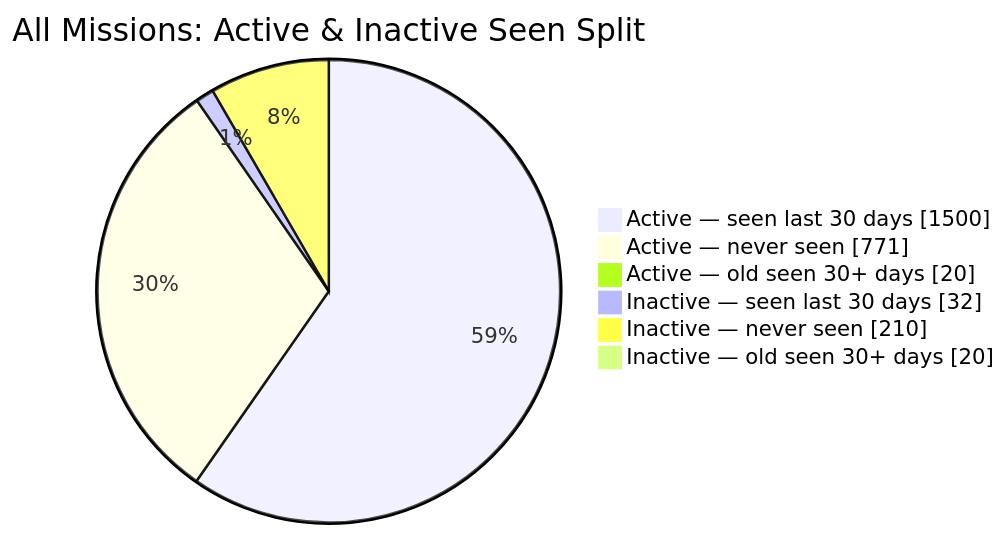
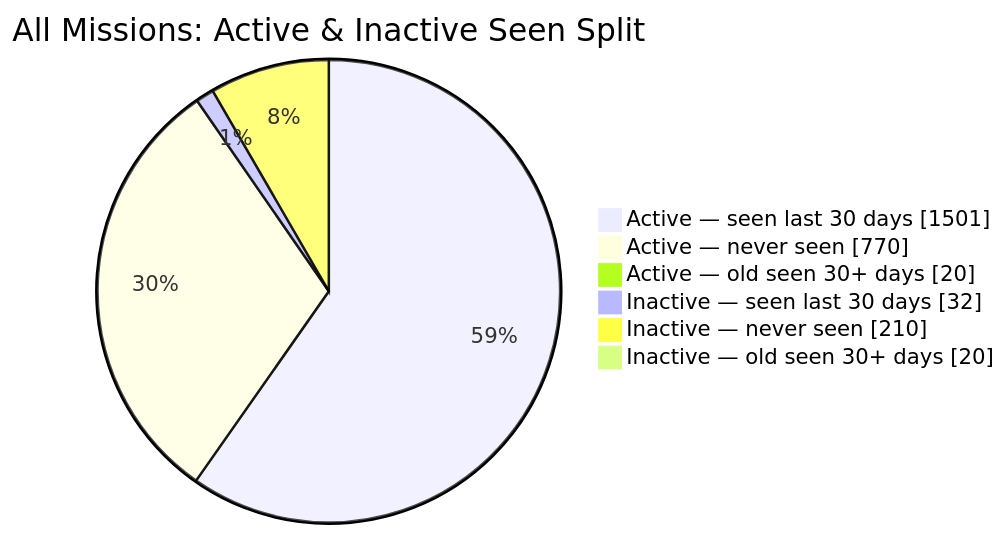
Before and after one commit to MeldkamerspelGameTeam/active-missions: the second of 2 diagrams in README.md, drawn with Mermaid. The commit also changed other lines of this file and 2 other files, not shown here.

````diff
--- a/README.md
+++ b/README.md
@@ -44,10 +44,10 @@
 ```mermaid
 pie showData
     title All Missions: Active & Inactive Seen Split
-    "Active — seen last 30 days" : 1500
-    "Active — never seen" : 771
+    "Active — seen last 30 days" : 1501
+    "Active — never seen" : 770
     "Active — old seen 30+ days" : 20
     "Inactive — seen last 30 days" : 32
     "Inactive — never seen" : 210
     "Inactive — old seen 30+ days" : 20
 ```
````
